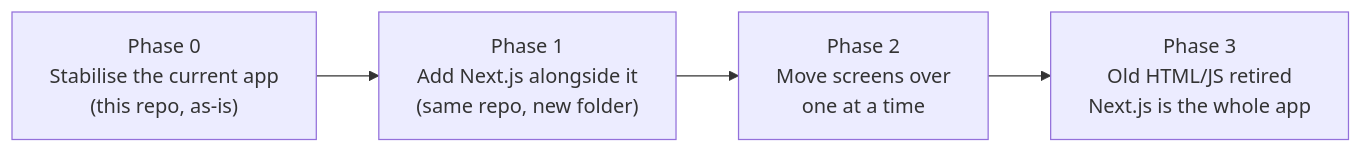
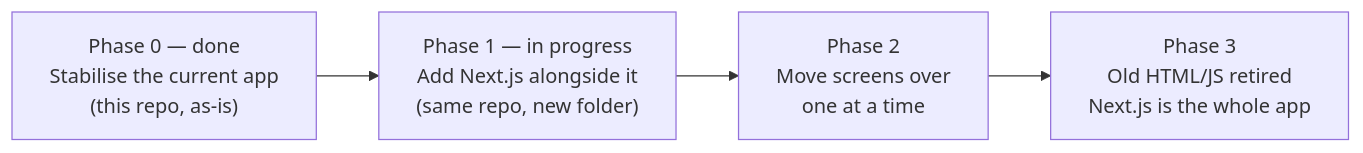
The diagram in docs/ARCHITECTURE.md (sushantailab/aveti-reportcard), drawn with Mermaid before and after one commit. The commit also changed other lines of this file and 31 other files, not shown here.

````diff
--- a/docs/ARCHITECTURE.md
+++ b/docs/ARCHITECTURE.md
@@ -14,6 +14,6 @@
 ```mermaid
 flowchart LR
-    A["Phase 0\nStabilise the current app\n(this repo, as-is)"] --> B["Phase 1\nAdd Next.js alongside it\n(same repo, new folder)"]
+    A["Phase 0 — done\nStabilise the current app\n(this repo, as-is)"] --> B["Phase 1 — in progress\nAdd Next.js alongside it\n(same repo, new folder)"]
     B --> C["Phase 2\nMove screens over\none at a time"]
     C --> D["Phase 3\nOld HTML/JS retired\nNext.js is the whole app"]
 ```
````
